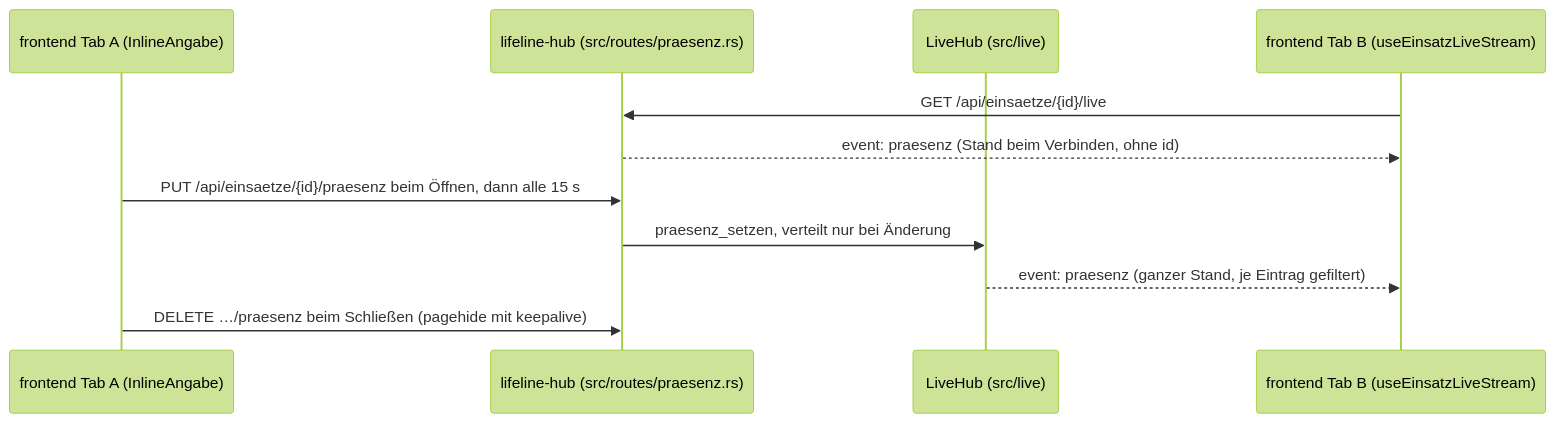
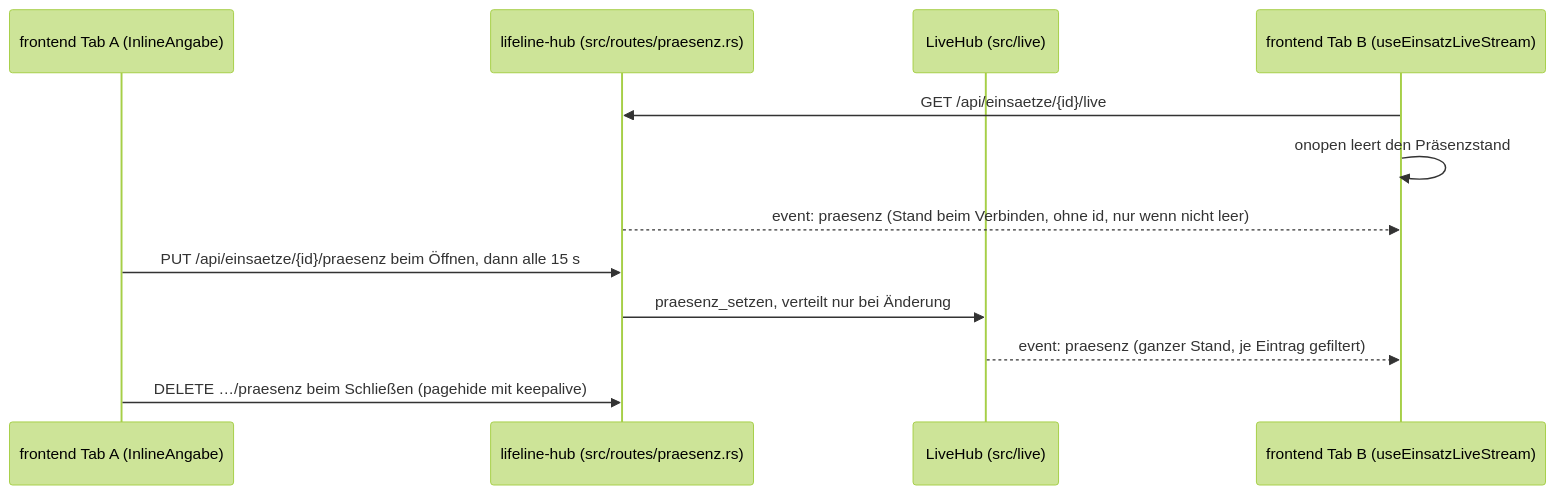
The fourth of 17 diagrams in docs/architektur/06-laufzeitsicht.md (rubenvitt/lifeline-hub), drawn with Mermaid (forest theme) before and after one commit. The commit also changed 7 other files, not shown here.

First line of the commit message:
fix: Präsenzstand beim Verbinden nur, wenn er etwas zeigt; der Client leert beim Öffnen (LLH-1946)

````diff
--- a/docs/architektur/06-laufzeitsicht.md
+++ b/docs/architektur/06-laufzeitsicht.md
@@ -145,13 +145,14 @@
 ```mermaid
 sequenceDiagram
   participant A as frontend Tab A (InlineAngabe)
   participant BE as lifeline-hub (src/routes/praesenz.rs)
   participant Hub as LiveHub (src/live)
   participant B as frontend Tab B (useEinsatzLiveStream)
   B->>BE: GET /api/einsaetze/{id}/live
-  BE-->>B: event: praesenz (Stand beim Verbinden, ohne id)
+  B->>B: onopen leert den Präsenzstand
+  BE-->>B: event: praesenz (Stand beim Verbinden, ohne id, nur wenn nicht leer)
   A->>BE: PUT /api/einsaetze/{id}/praesenz beim Öffnen, dann alle 15 s
   BE->>Hub: praesenz_setzen, verteilt nur bei Änderung
   Hub-->>B: event: praesenz (ganzer Stand, je Eintrag gefiltert)
   A->>BE: DELETE …/praesenz beim Schließen (pagehide mit keepalive)
 ```
````
